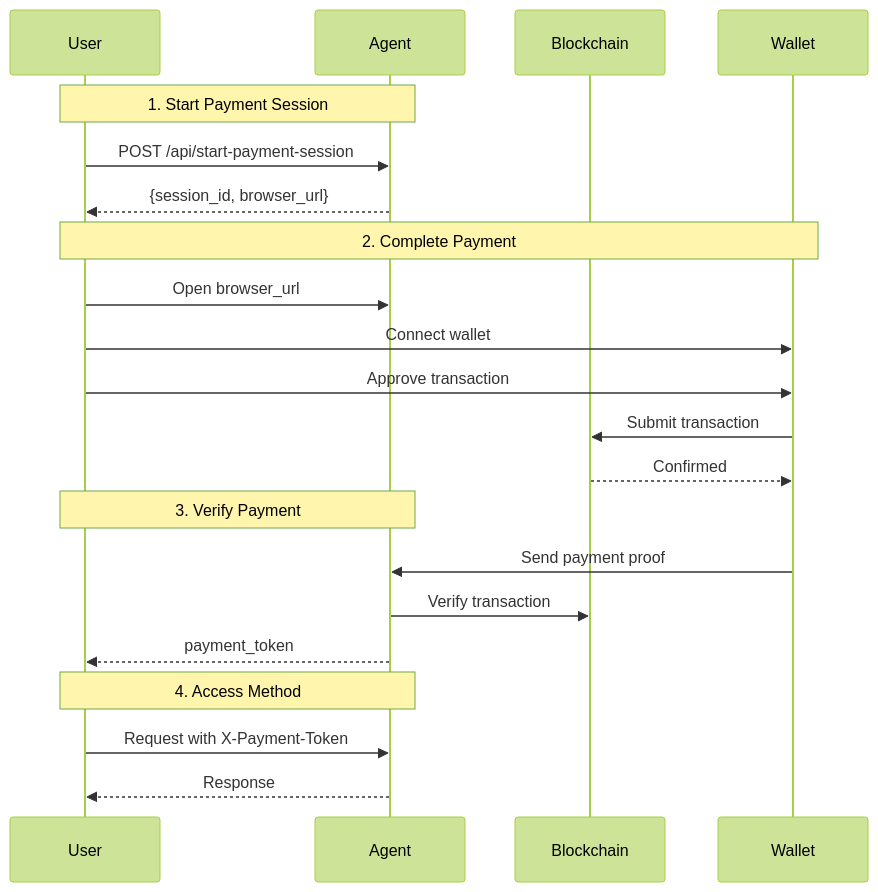
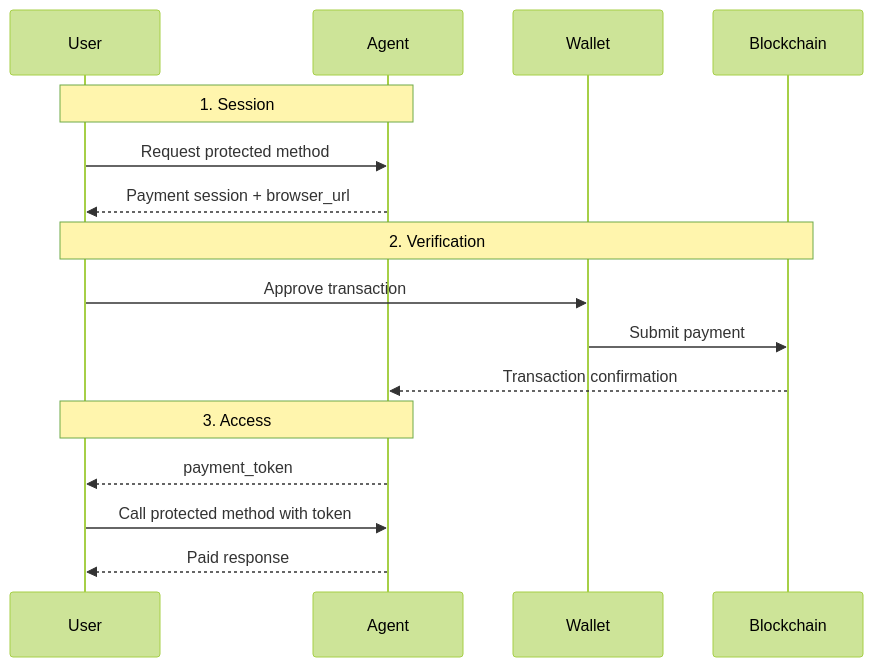
Before and after one commit to Paraschamoli/docs: the diagram in bindu/learn/payment/introduction.mdx, drawn with Mermaid (forest theme). The commit also changed other lines of this file, not shown here.

Commit message:
refactor: implement consistent structure for payment documentation

````diff
--- a/bindu/learn/payment/introduction.mdx
+++ b/bindu/learn/payment/introduction.mdx
@@ -69,27 +67,21 @@
 ```mermaid
 sequenceDiagram
     participant User
     participant Agent
+    participant Wallet
     participant Blockchain
-    participant Wallet
 
-    Note over User,Agent: 1. Start Payment Session
-    User->>Agent: POST /api/start-payment-session
-    Agent-->>User: {session_id, browser_url}
+    Note over User,Agent: 1. Session
+    User->>Agent: Request protected method
+    Agent-->>User: Payment session + browser_url
 
-    Note over User,Wallet: 2. Complete Payment
-    User->>Agent: Open browser_url
-    User->>Wallet: Connect wallet
+    Note over User,Blockchain: 2. Verification
     User->>Wallet: Approve transaction
-    Wallet->>Blockchain: Submit transaction
-    Blockchain-->>Wallet: Confirmed
+    Wallet->>Blockchain: Submit payment
+    Blockchain-->>Agent: Transaction confirmation
 
-    Note over User,Agent: 3. Verify Payment
-    Wallet->>Agent: Send payment proof
-    Agent->>Blockchain: Verify transaction
+    Note over User,Agent: 3. Access
     Agent-->>User: payment_token
-
-    Note over User,Agent: 4. Access Method
-    User->>Agent: Request with X-Payment-Token
-    Agent-->>User: Response
+    User->>Agent: Call protected method with token
+    Agent-->>User: Paid response
 ```
````
